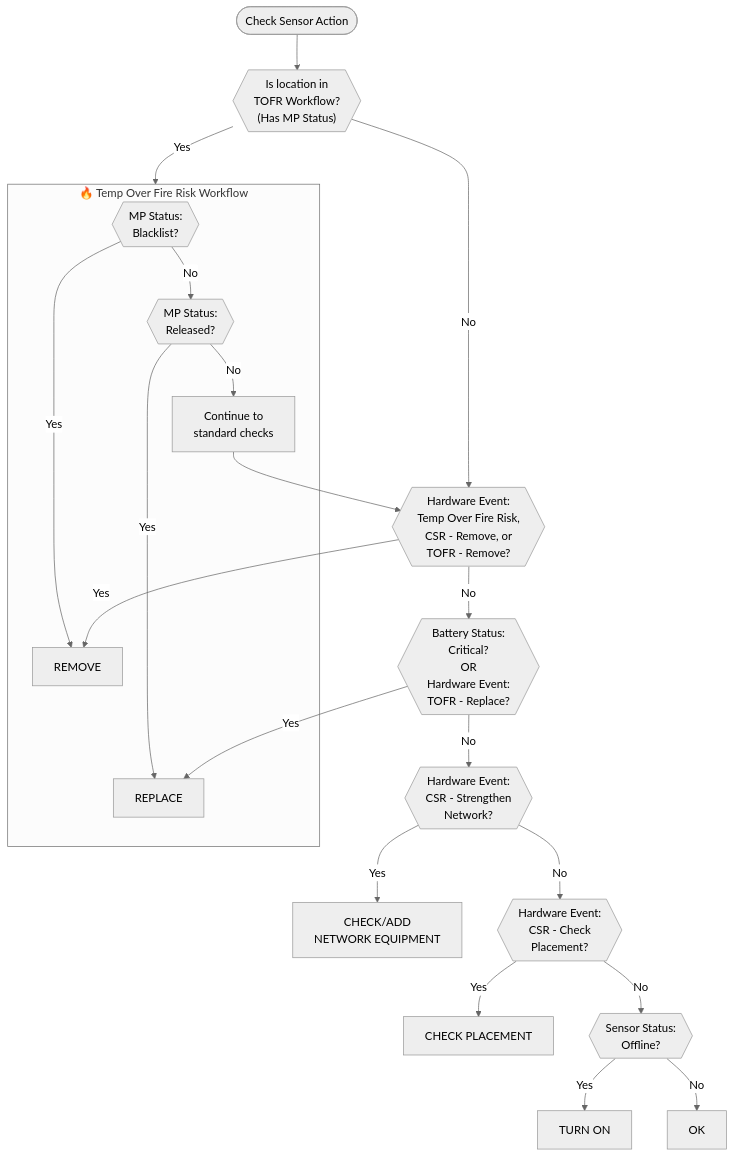
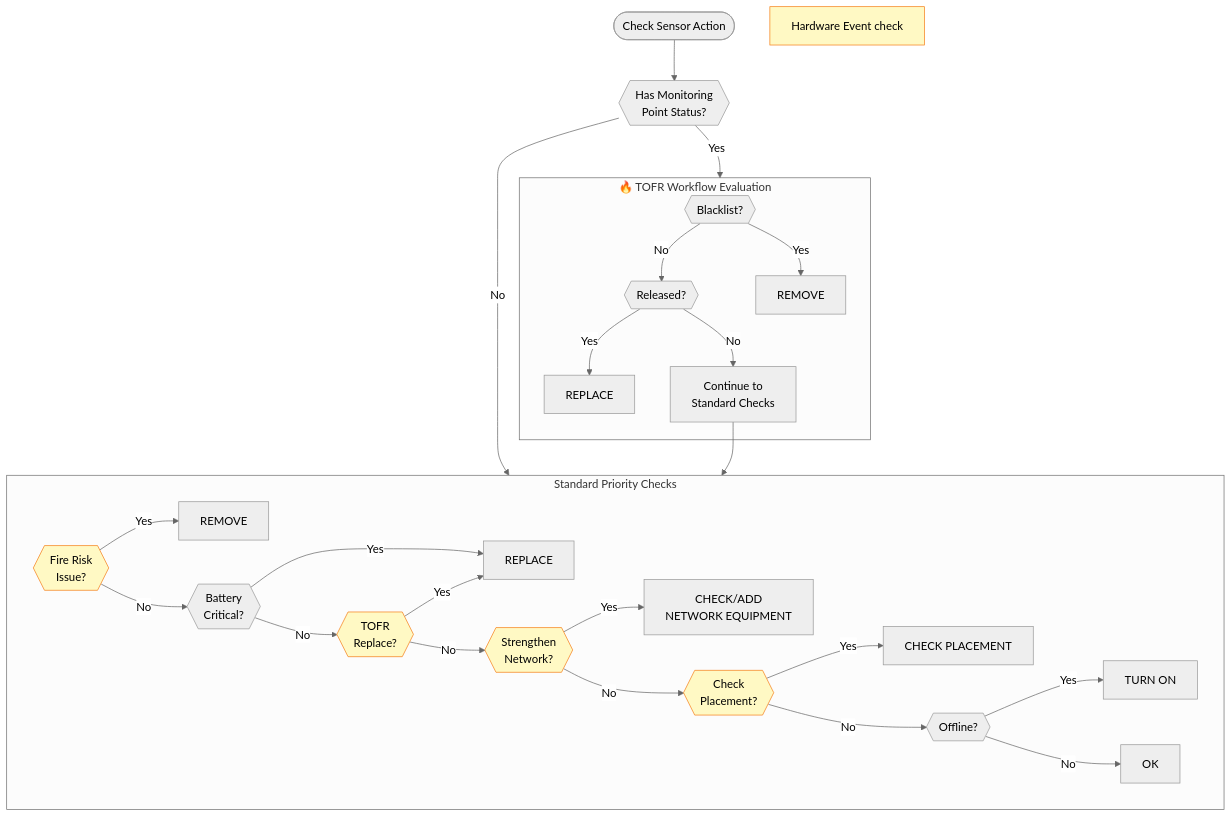
Before and after one commit to aw-jwalker/thoughts: the third of 3 diagrams in repos/fullstack.assetwatch/shared/research/2026-02-03-action-column-flowcharts.md, drawn with Mermaid (neutral theme). The commit also changed other lines of this file, not shown here.

Commit message:
Auto-sync: Add explicit auto memory path warning to create_plan command
Add prominent "CRITICAL - Write to Project Repo, NOT Auto Memory" warning
to prevent plans from being written to ~/.claude/projects/.../memory/thoughts/
instead of the actual project repo's thoughts/ directory.

This fixes the same issue we saw with cloudwatch-logs - Claude was writing to
auto memory instead of the project repo, causing:
- Files not in version control
- Files not synced to remote thoughts repo
- Files not accessible via thoughts/ symlink

Now explicitly states to use pwd and construct path from current working
directory, with clear examples of wrong paths to avoid.

````diff
--- a/repos/fullstack.assetwatch/shared/research/2026-02-03-action-column-flowcharts.md
+++ b/repos/fullstack.assetwatch/shared/research/2026-02-03-action-column-flowcharts.md
@@ -60,38 +94,52 @@
 ```mermaid
 flowchart TD
     START(["Check Sensor Action"])
 
-    START --> CHECK_TOFR_WORKFLOW{{"Is location in<br/>TOFR Workflow?<br/>(Has MP Status)"}}
+    START --> CHECK_TOFR{{Has Monitoring<br/>Point Status?}}
 
-    CHECK_TOFR_WORKFLOW -->|Yes| TOFR_WORKFLOW
-    CHECK_TOFR_WORKFLOW -->|No| CHECK_FIRE_EVENT
+    CHECK_TOFR -->|No| STANDARD_CHECKS
+    CHECK_TOFR -->|Yes| TOFR_EVAL
 
-    subgraph TOFR_WORKFLOW["🔥 Temp Over Fire Risk Workflow"]
-        CHECK_BLACKLIST{{"MP Status:<br/>Blacklist?"}}
-        CHECK_RELEASED{{"MP Status:<br/>Released?"}}
+    subgraph TOFR_EVAL["🔥 TOFR Workflow Evaluation"]
+        MP_BLACKLIST{{Blacklist?}}
+        MP_RELEASED{{Released?}}
 
-        CHECK_BLACKLIST -->|Yes| REMOVE["REMOVE"]
-        CHECK_BLACKLIST -->|No| CHECK_RELEASED
-        CHECK_RELEASED -->|Yes| REPLACE["REPLACE"]
-        CHECK_RELEASED -->|No| CONTINUE["Continue to<br/>standard checks"]
+        MP_BLACKLIST -->|Yes| TOFR_REMOVE[REMOVE]
+        MP_BLACKLIST -->|No| MP_RELEASED
+        MP_RELEASED -->|Yes| TOFR_REPLACE[REPLACE]
+        MP_RELEASED -->|No| TO_STANDARD[Continue to<br/>Standard Checks]
     end
 
-    CONTINUE --> CHECK_FIRE_EVENT
+    TO_STANDARD --> STANDARD_CHECKS
 
-    CHECK_FIRE_EVENT{{"Hardware Event:<br/>Temp Over Fire Risk,<br/>CSR - Remove, or<br/>TOFR - Remove?"}}
-    CHECK_FIRE_EVENT -->|Yes| REMOVE
+    subgraph STANDARD_CHECKS["Standard Priority Checks"]
+        CHECK1{{"Fire Risk<br/>Issue?"}}
+        CHECK2A{{"Battery<br/>Critical?"}}
+        CHECK2B{{"TOFR<br/>Replace?"}}
+        CHECK3{{"Strengthen<br/>Network?"}}
+        CHECK4{{"Check<br/>Placement?"}}
+        CHECK5{{"Offline?"}}
 
-    CHECK_FIRE_EVENT -->|No| CHECK_BATTERY{{"Battery Status:<br/>Critical?<br/>OR<br/>Hardware Event:<br/>TOFR - Replace?"}}
-    CHECK_BATTERY -->|Yes| REPLACE
+        CHECK1 -->|Yes| STD_REMOVE[REMOVE]
+        CHECK1 -->|No| CHECK2A
+        CHECK2A -->|Yes| STD_REPLACE[REPLACE]
+        CHECK2A -->|No| CHECK2B
+        CHECK2B -->|Yes| STD_REPLACE
+        CHECK2B -->|No| CHECK3
+        CHECK3 -->|Yes| NETWORK[CHECK/ADD<br/>NETWORK EQUIPMENT]
+        CHECK3 -->|No| CHECK4
+        CHECK4 -->|Yes| PLACEMENT[CHECK PLACEMENT]
+        CHECK4 -->|No| CHECK5
+        CHECK5 -->|Yes| TURNON[TURN ON]
+        CHECK5 -->|No| OK[OK]
+    end
 
-    CHECK_BATTERY -->|No| CHECK_NETWORK_EVENT{{"Hardware Event:<br/>CSR - Strengthen<br/>Network?"}}
-    CHECK_NETWORK_EVENT -->|Yes| NETWORK["CHECK/ADD<br/>NETWORK EQUIPMENT"]
+    LEGEND["Hardware Event check"]
 
-    CHECK_NETWORK_EVENT -->|No| CHECK_PLACEMENT_EVENT{{"Hardware Event:<br/>CSR - Check<br/>Placement?"}}
-    CHECK_PLACEMENT_EVENT -->|Yes| PLACEMENT["CHECK PLACEMENT"]
-
-    CHECK_PLACEMENT_EVENT -->|No| CHECK_SENSOR_STATUS{{"Sensor Status:<br/>Offline?"}}
-    CHECK_SENSOR_STATUS -->|Yes| TURNON["TURN ON"]
-
-    CHECK_SENSOR_STATUS -->|No| OK["OK"]
+    %% Style hardware event checks with light amber
+    style CHECK1 fill:#FFF9C4,stroke:#F57F17,color:#000
+    style CHECK2B fill:#FFF9C4,stroke:#F57F17,color:#000
+    style CHECK3 fill:#FFF9C4,stroke:#F57F17,color:#000
+    style CHECK4 fill:#FFF9C4,stroke:#F57F17,color:#000
+    style LEGEND fill:#FFF9C4,stroke:#F57F17,color:#000
 ```
````
